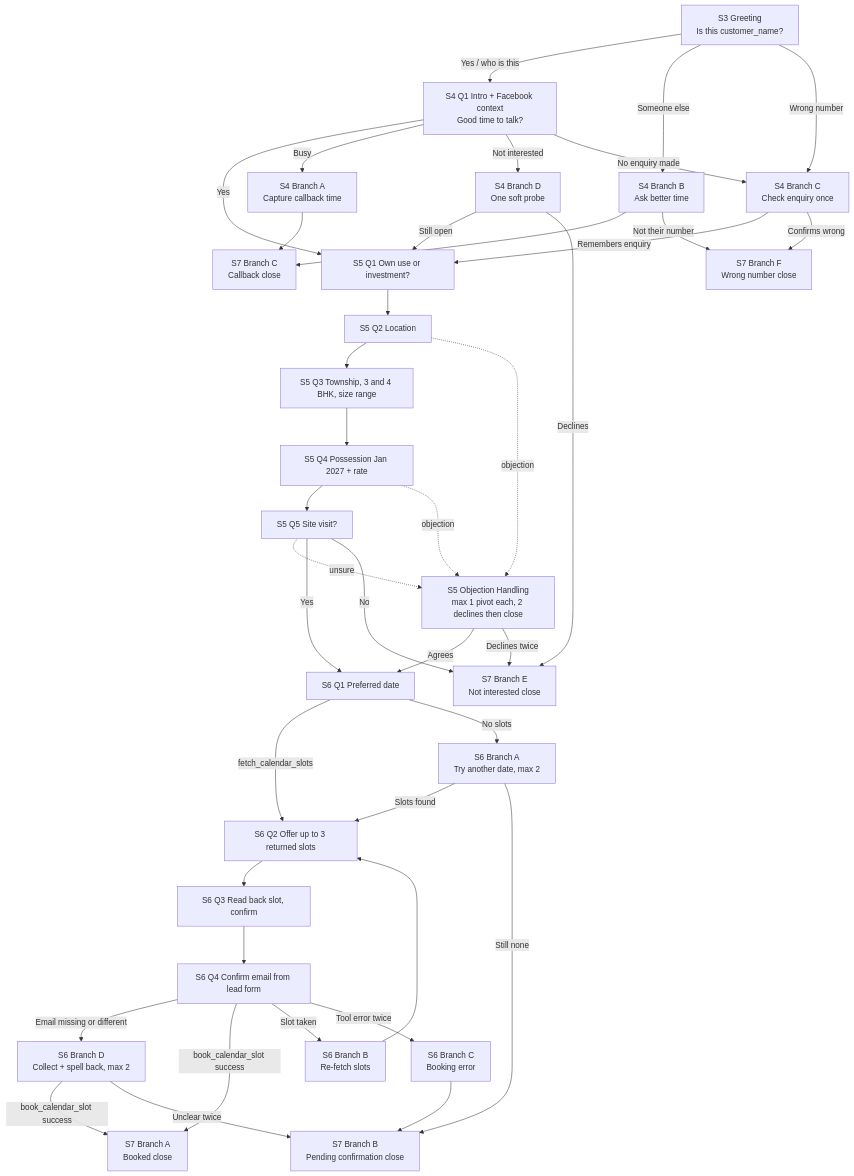
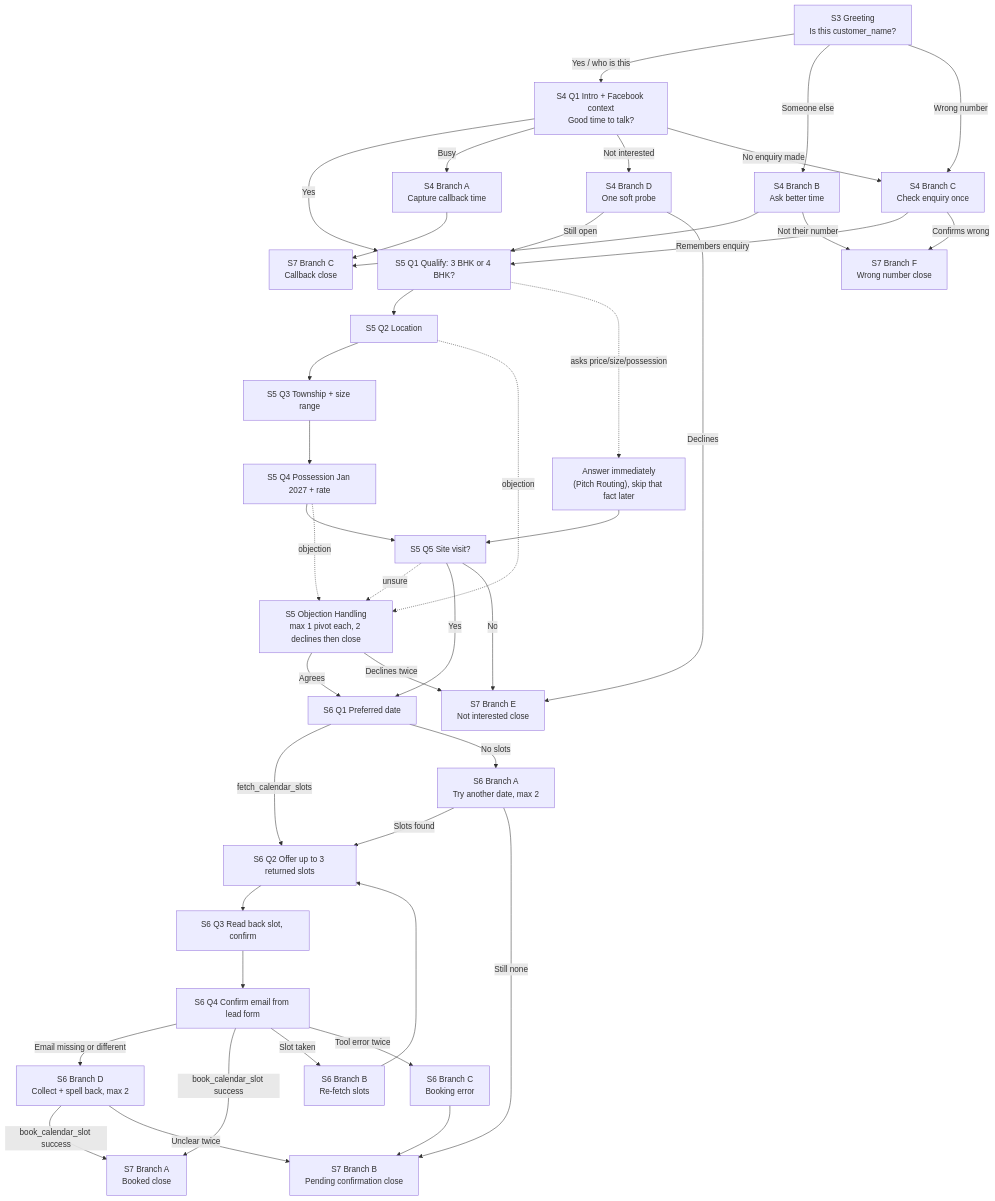
The first of 2 diagrams in prompts/conversation_flow.md (aaritmehta15/mahima-palm-springs-voice-agent), drawn with Mermaid before and after one commit. The commit also changed other lines of this file and 13 other files, not shown here.

````diff
--- a/prompts/conversation_flow.md
+++ b/prompts/conversation_flow.md
@@ -7,46 +7,48 @@
 ```mermaid
 flowchart TD
     G["S3 Greeting<br/>Is this customer_name?"] -->|Yes / who is this| I["S4 Q1 Intro + Facebook context<br/>Good time to talk?"]
     G -->|Someone else| RB["S4 Branch B<br/>Ask better time"]
     G -->|Wrong number| RC["S4 Branch C<br/>Check enquiry once"]
 
-    I -->|Yes| P1["S5 Q1 Own use or investment?"]
+    I -->|Yes| P1["S5 Q1 Qualify: 3 BHK or 4 BHK?"]
     I -->|Busy| BA["S4 Branch A<br/>Capture callback time"]
     I -->|Not interested| BD["S4 Branch D<br/>One soft probe"]
     I -->|No enquiry made| RC
 
     RB --> C_CB["S7 Branch C<br/>Callback close"]
     RB -->|Not their number| C_WN["S7 Branch F<br/>Wrong number close"]
     RC -->|Remembers enquiry| P1
     RC -->|Confirms wrong| C_WN
     BA --> C_CB
     BD -->|Still open| P1
     BD -->|Declines| C_NI["S7 Branch E<br/>Not interested close"]
 
     P1 --> P2["S5 Q2 Location"]
-    P2 --> P3["S5 Q3 Township, 3 and 4 BHK, size range"]
+    P1 -. asks price/size/possession .-> PR["Answer immediately<br/>(Pitch Routing), skip that fact later"]
+    PR --> P5
+    P2 --> P3["S5 Q3 Township + size range"]
     P3 --> P4["S5 Q4 Possession Jan 2027 + rate"]
     P4 --> P5["S5 Q5 Site visit?"]
     P2 -. objection .-> OBJ["S5 Objection Handling<br/>max 1 pivot each, 2 declines then close"]
     P4 -. objection .-> OBJ
     P5 -. unsure .-> OBJ
     OBJ -->|Agrees| V1
     OBJ -->|Declines twice| C_NI
     P5 -->|Yes| V1["S6 Q1 Preferred date"]
     P5 -->|No| C_NI
 
     V1 -->|fetch_calendar_slots| V2["S6 Q2 Offer up to 3 returned slots"]
     V1 -->|No slots| VA["S6 Branch A<br/>Try another date, max 2"]
     VA -->|Slots found| V2
     VA -->|Still none| C_PEND["S7 Branch B<br/>Pending confirmation close"]
     V2 --> V3["S6 Q3 Read back slot, confirm"]
     V3 --> V4["S6 Q4 Confirm email from lead form"]
     V4 -->|Email missing or different| VD["S6 Branch D<br/>Collect + spell back, max 2"]
     V4 -->|book_calendar_slot success| C_BOOK["S7 Branch A<br/>Booked close"]
     VD -->|book_calendar_slot success| C_BOOK
     VD -->|Unclear twice| C_PEND
     V4 -->|Slot taken| VB["S6 Branch B<br/>Re-fetch slots"]
     VB --> V2
     V4 -->|Tool error twice| VC["S6 Branch C<br/>Booking error"]
     VC --> C_PEND
 ```
````
